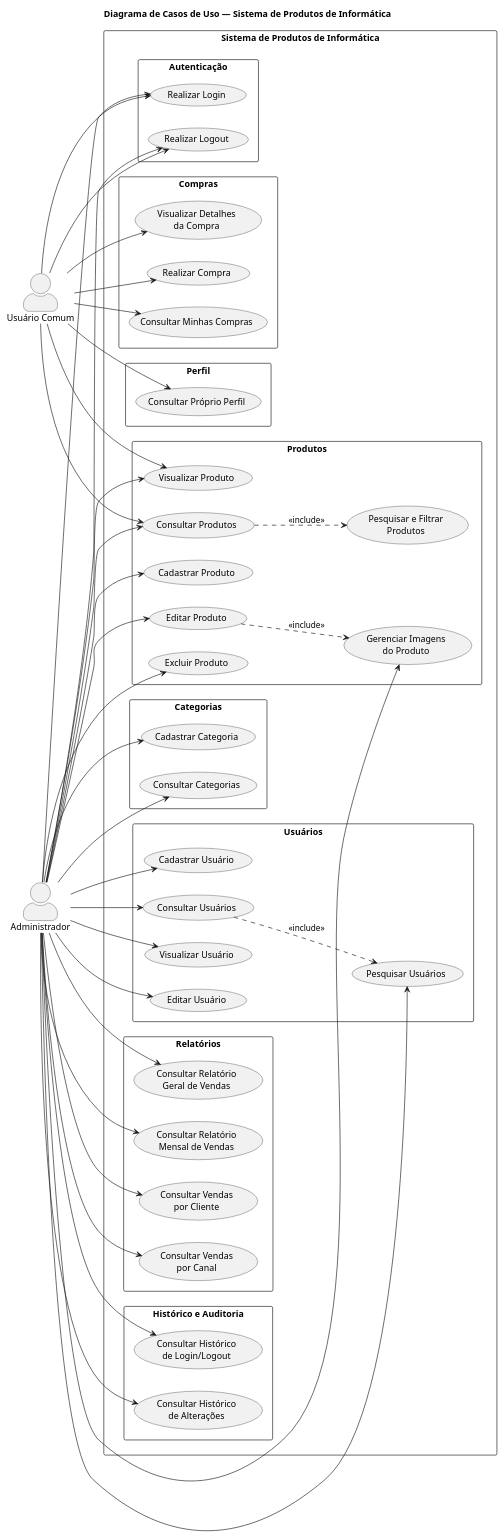
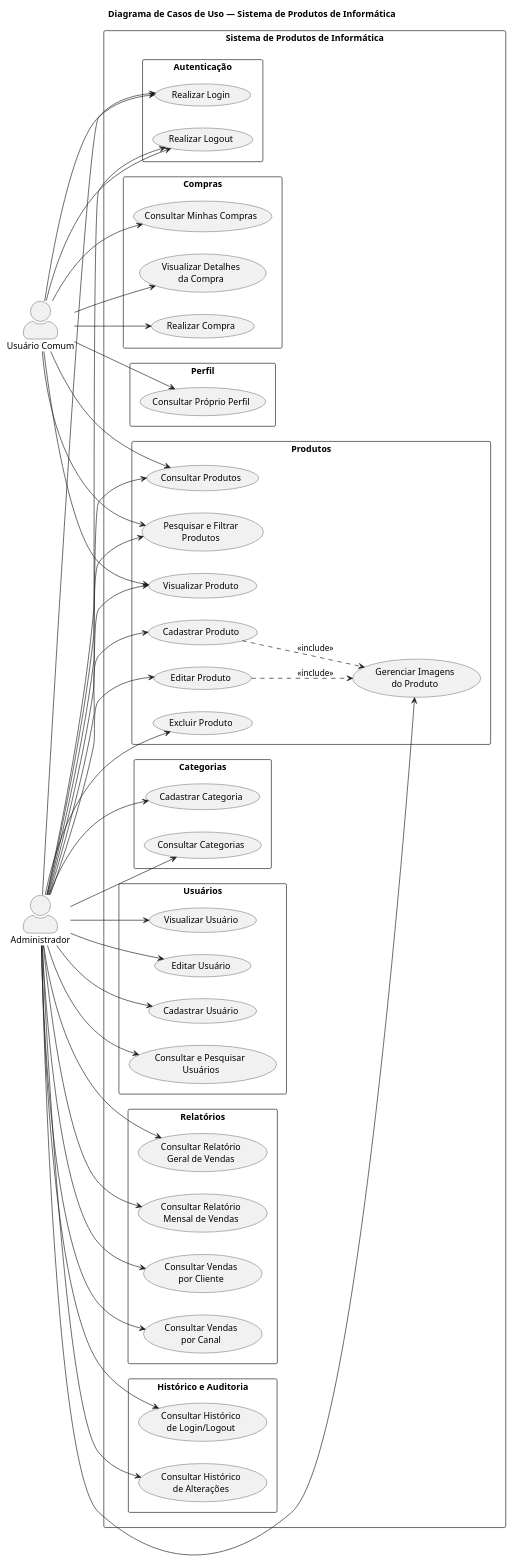
One commit to software-engineering-degree-unb/sistema-produtos-informatica changed the diagram in docs/diagrams/sources/casos-de-uso.puml. Above: the diagram before and after it, drawn with PlantUML.

Commit message:
Refactor use case names for user management and update relationships in the use case diagram

```diff
--- a/docs/diagrams/sources/casos-de-uso.puml
+++ b/docs/diagrams/sources/casos-de-uso.puml
@@ -1,129 +1,128 @@
 @startuml
 left to right direction
 
 skinparam shadowing false
 skinparam packageStyle rectangle
 skinparam actorStyle awesome
 
 title Diagrama de Casos de Uso — Sistema de Produtos de Informática
 
 actor "Usuário Comum" as Usuario
 actor "Administrador" as Admin
 
 rectangle "Sistema de Produtos de Informática" {
 
     package "Autenticação" {
         usecase "Realizar Login" as UC_Login
         usecase "Realizar Logout" as UC_Logout
     }
 
     package "Produtos" {
         usecase "Consultar Produtos" as UC_ConsultarProdutos
         usecase "Pesquisar e Filtrar\nProdutos" as UC_FiltrarProdutos
         usecase "Visualizar Produto" as UC_VisualizarProduto
 
         usecase "Cadastrar Produto" as UC_CadastrarProduto
         usecase "Editar Produto" as UC_EditarProduto
         usecase "Excluir Produto" as UC_ExcluirProduto
         usecase "Gerenciar Imagens\ndo Produto" as UC_Imagens
     }
 
     package "Categorias" {
         usecase "Cadastrar Categoria" as UC_CadastrarCategoria
         usecase "Consultar Categorias" as UC_ConsultarCategorias
     }
 
     package "Usuários" {
         usecase "Cadastrar Usuário" as UC_CadastrarUsuario
-        usecase "Consultar Usuários" as UC_ConsultarUsuarios
-        usecase "Pesquisar Usuários" as UC_PesquisarUsuarios
+        usecase "Consultar e Pesquisar \nUsuários" as UC_ConsultarUsuarios
         usecase "Visualizar Usuário" as UC_VisualizarUsuario
         usecase "Editar Usuário" as UC_EditarUsuario
     }
 
     package "Compras" {
         usecase "Realizar Compra" as UC_RealizarCompra
         usecase "Consultar Minhas Compras" as UC_MinhasCompras
         usecase "Visualizar Detalhes\nda Compra" as UC_DetalhesCompra
     }
 
     package "Relatórios" {
         usecase "Consultar Relatório\nGeral de Vendas" as UC_RelGeral
         usecase "Consultar Relatório\nMensal de Vendas" as UC_RelMensal
         usecase "Consultar Vendas\npor Cliente" as UC_RelCliente
         usecase "Consultar Vendas\npor Canal" as UC_RelCanal
     }
 
     package "Perfil" {
         usecase "Consultar Próprio Perfil" as UC_Perfil
     }
 
     package "Histórico e Auditoria" {
         usecase "Consultar Histórico\nde Login/Logout" as UC_HistLogin
         usecase "Consultar Histórico\nde Alterações" as UC_HistAlteracoes
     }
 
 
     ' ==================================================
     ' USUÁRIO COMUM
     ' ==================================================
 
     Usuario --> UC_Login
     Usuario --> UC_Logout
 
     Usuario --> UC_ConsultarProdutos
+    Usuario --> UC_FiltrarProdutos
     Usuario --> UC_VisualizarProduto
 
     Usuario --> UC_RealizarCompra
     Usuario --> UC_MinhasCompras
     Usuario --> UC_DetalhesCompra
 
     Usuario --> UC_Perfil
 
 
     ' ==================================================
     ' ADMINISTRADOR
     ' ==================================================
 
     Admin --> UC_Login
     Admin --> UC_Logout
 
     Admin --> UC_ConsultarProdutos
+    Admin --> UC_FiltrarProdutos
     Admin --> UC_VisualizarProduto
 
     Admin --> UC_CadastrarProduto
     Admin --> UC_EditarProduto
     Admin --> UC_ExcluirProduto
     Admin --> UC_Imagens
 
     Admin --> UC_CadastrarCategoria
     Admin --> UC_ConsultarCategorias
 
     Admin --> UC_CadastrarUsuario
     Admin --> UC_ConsultarUsuarios
-    Admin --> UC_PesquisarUsuarios
     Admin --> UC_VisualizarUsuario
     Admin --> UC_EditarUsuario
 
     Admin --> UC_RelGeral
     Admin --> UC_RelMensal
     Admin --> UC_RelCliente
     Admin --> UC_RelCanal
 
     Admin --> UC_HistLogin
     Admin --> UC_HistAlteracoes
 
 
     ' ==================================================
     ' RELACIONAMENTOS INCLUDE
     ' ==================================================
 
-    UC_ConsultarProdutos ..> UC_FiltrarProdutos : <<include>>
 
-    UC_ConsultarUsuarios ..> UC_PesquisarUsuarios : <<include>>
+    UC_CadastrarProduto ..> UC_Imagens : <<include>>
 
     UC_EditarProduto ..> UC_Imagens : <<include>>
 
 }
 
 @enduml
```
